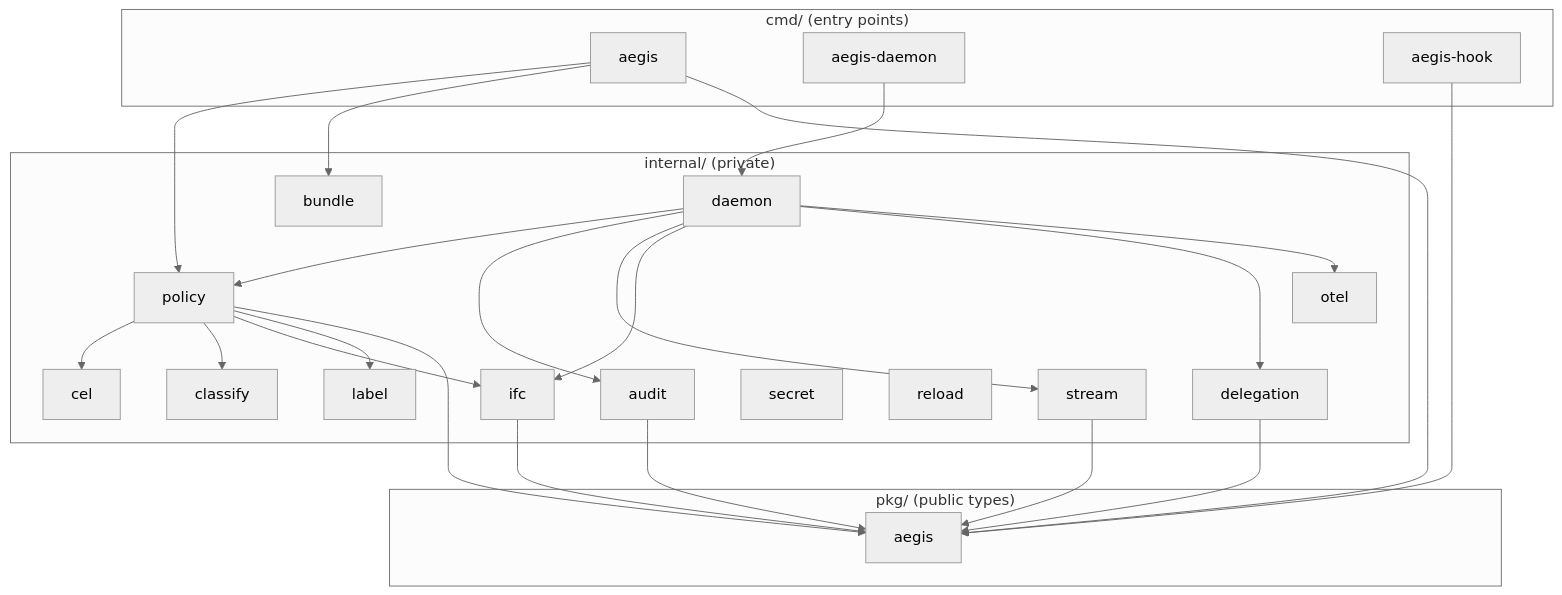
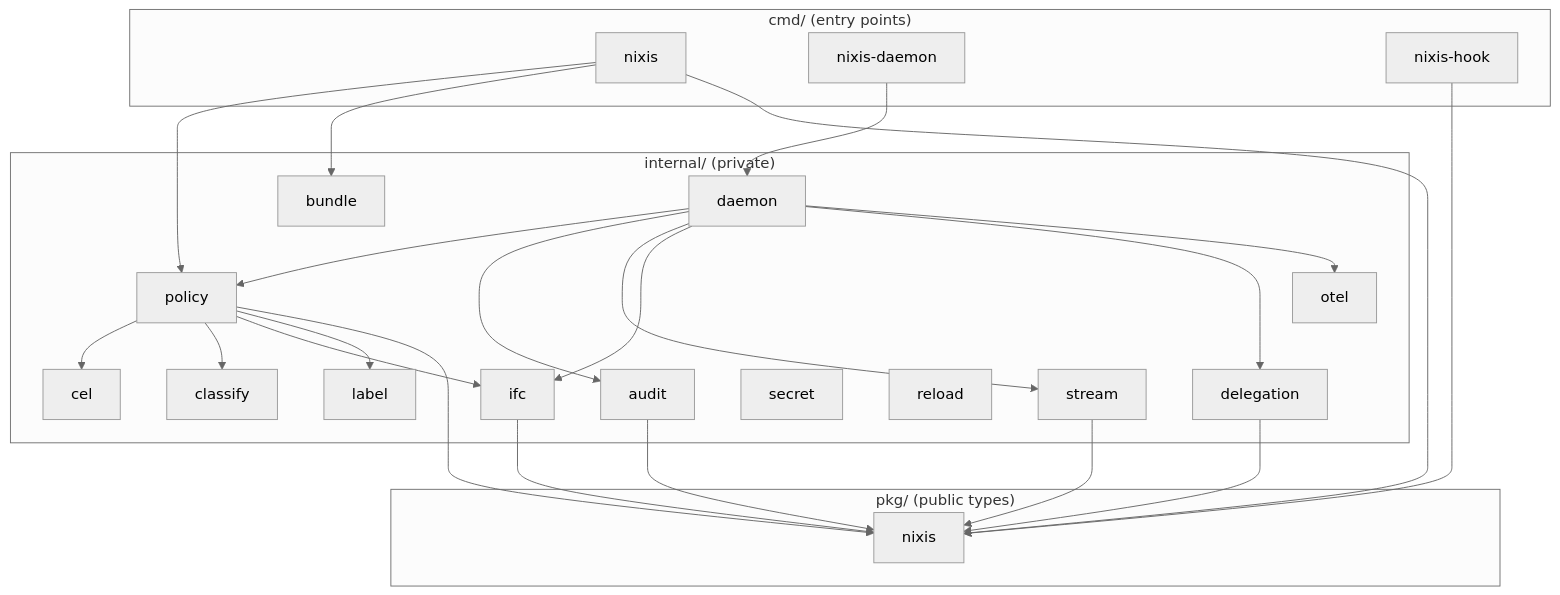
The fourth of 4 diagrams in docs/guide/architecture.md (mayankjain0141/nixis), drawn with Mermaid (neutral theme) before and after one commit. The commit also changed other lines of this file and 943 other files, not shown here.

First line of the commit message:
rename: aegis → nixis across all file contents

````diff
--- a/docs/guide/architecture.md
+++ b/docs/guide/architecture.md
@@ -211,43 +211,43 @@
 ```mermaid
 flowchart TD
     subgraph cmd ["cmd/ (entry points)"]
-        CLI["aegis"]
-        DaemonBin["aegis-daemon"]
-        HookBin["aegis-hook"]
+        CLI["nixis"]
+        DaemonBin["nixis-daemon"]
+        HookBin["nixis-hook"]
     end
 
     subgraph internal ["internal/ (private)"]
         policy["policy"]
         daemon["daemon"]
         cel["cel"]
         classify["classify"]
         ifc_pkg["ifc"]
         audit_pkg["audit"]
         stream_pkg["stream"]
         delegation_pkg["delegation"]
         secret["secret"]
         reload["reload"]
         bundle["bundle"]
         label_pkg["label"]
         otel_pkg["otel"]
     end
 
     subgraph pkg ["pkg/ (public types)"]
-        aegis_pkg["aegis"]
+        aegis_pkg["nixis"]
     end
 
     DaemonBin --> daemon
     HookBin --> aegis_pkg
     CLI --> policy & bundle & aegis_pkg
 
     daemon --> policy & audit_pkg & stream_pkg & ifc_pkg & delegation_pkg & otel_pkg
     policy --> cel & classify & ifc_pkg & label_pkg & aegis_pkg
     stream_pkg --> aegis_pkg
     audit_pkg --> aegis_pkg
     ifc_pkg --> aegis_pkg
     delegation_pkg --> aegis_pkg
 
     classDef cmd fill:none,stroke:#666
     classDef internal fill:none,stroke:#666
     classDef pkg fill:none,stroke:#666
 ```
````
